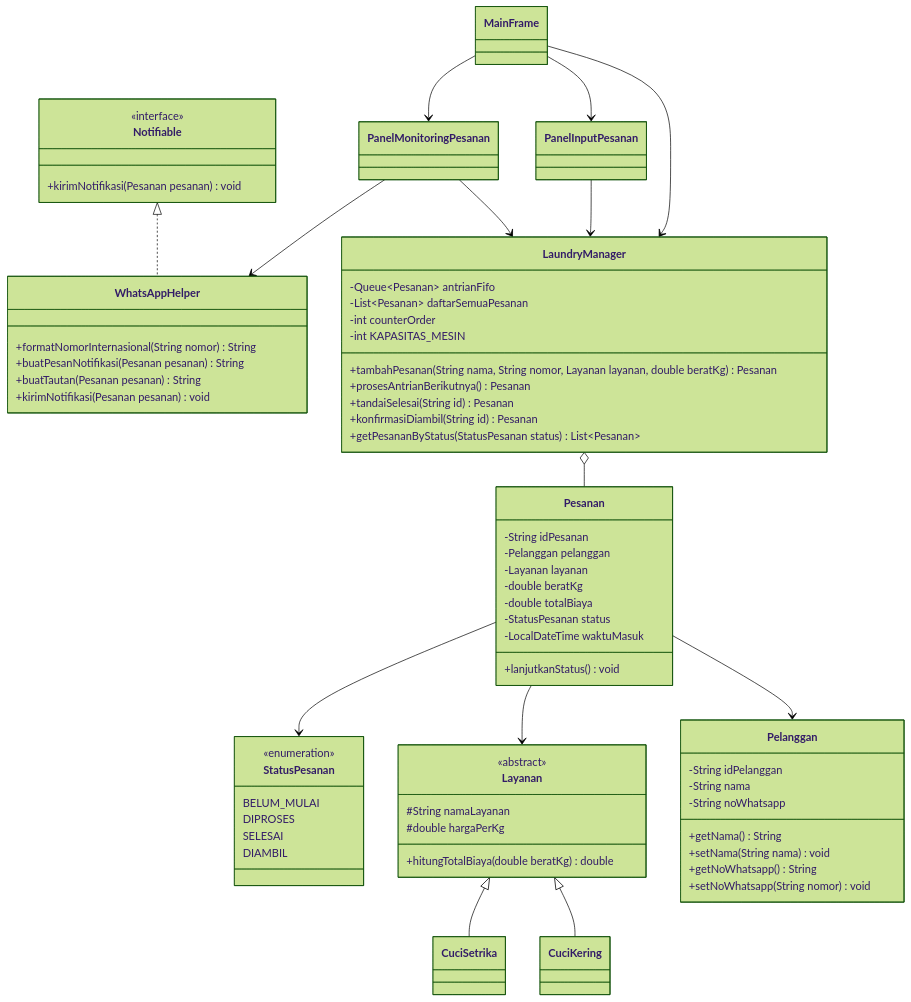
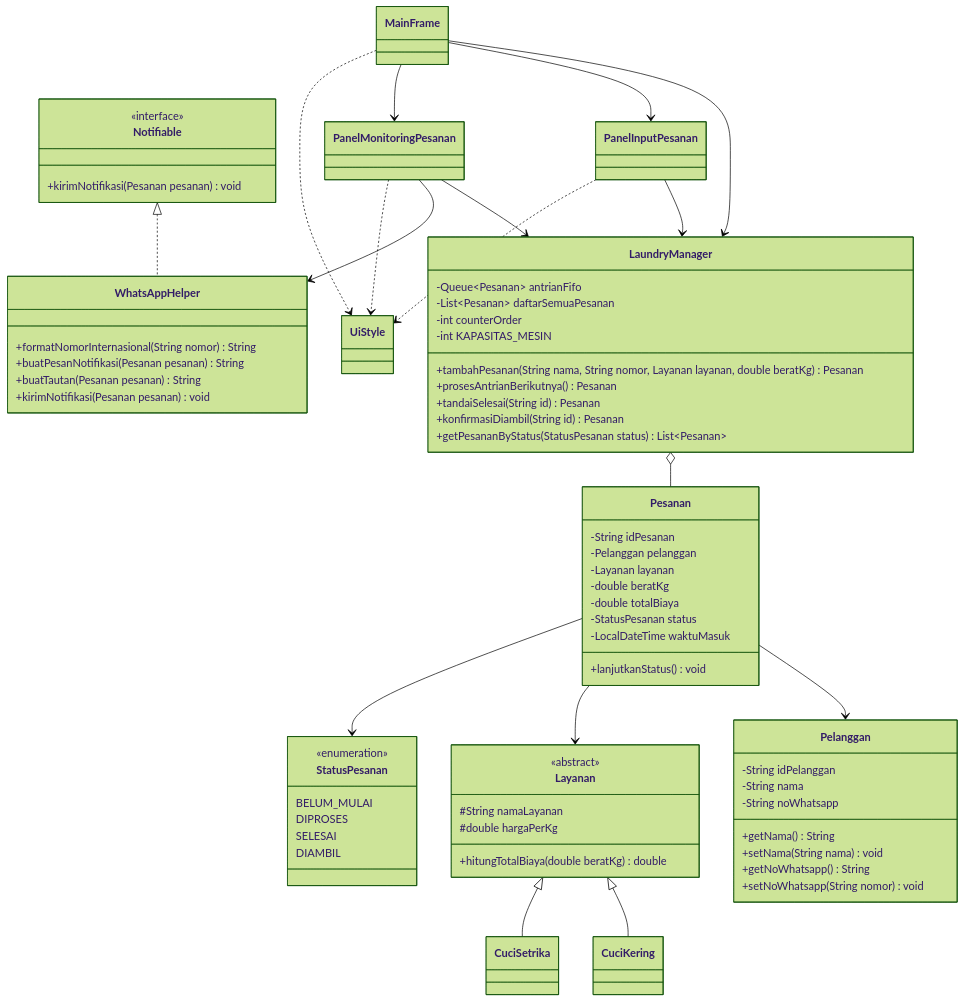
The second of 5 diagrams in docs/LAPORAN.md (Zelphyrken/SIL), drawn with Mermaid (forest theme) before and after one commit. The commit also changed other lines of this file and 17 other files, not shown here.

````diff
--- a/docs/LAPORAN.md
+++ b/docs/LAPORAN.md
@@ -36,74 +36,78 @@
 ```mermaid
 classDiagram
     class Layanan {
       <<abstract>>
       #String namaLayanan
       #double hargaPerKg
       +hitungTotalBiaya(double beratKg) double
     }
     class CuciKering
     class CuciSetrika
     class Pelanggan {
       -String idPelanggan
       -String nama
       -String noWhatsapp
       +getNama() String
       +setNama(String nama) void
       +getNoWhatsapp() String
       +setNoWhatsapp(String nomor) void
     }
     class Pesanan {
       -String idPesanan
       -Pelanggan pelanggan
       -Layanan layanan
       -double beratKg
       -double totalBiaya
       -StatusPesanan status
       -LocalDateTime waktuMasuk
       +lanjutkanStatus() void
     }
     class StatusPesanan {
       <<enumeration>>
       BELUM_MULAI
       DIPROSES
       SELESAI
       DIAMBIL
     }
     class LaundryManager {
       -Queue~Pesanan~ antrianFifo
       -List~Pesanan~ daftarSemuaPesanan
       -int counterOrder
       -int KAPASITAS_MESIN
       +tambahPesanan(String nama, String nomor, Layanan layanan, double beratKg) Pesanan
       +prosesAntrianBerikutnya() Pesanan
       +tandaiSelesai(String id) Pesanan
       +konfirmasiDiambil(String id) Pesanan
       +getPesananByStatus(StatusPesanan status) List~Pesanan~
     }
     class Notifiable {
       <<interface>>
       +kirimNotifikasi(Pesanan pesanan) void
     }
     class WhatsAppHelper {
       +formatNomorInternasional(String nomor) String
       +buatPesanNotifikasi(Pesanan pesanan) String
       +buatTautan(Pesanan pesanan) String
       +kirimNotifikasi(Pesanan pesanan) void
     }
     class MainFrame
     class PanelInputPesanan
     class PanelMonitoringPesanan
+    class UiStyle
     Layanan <|-- CuciKering
     Layanan <|-- CuciSetrika
     Pesanan --> Pelanggan
     Pesanan --> Layanan
     Pesanan --> StatusPesanan
     LaundryManager o-- Pesanan
     Notifiable <|.. WhatsAppHelper
     MainFrame --> LaundryManager
     MainFrame --> PanelInputPesanan
     MainFrame --> PanelMonitoringPesanan
     PanelInputPesanan --> LaundryManager
     PanelMonitoringPesanan --> LaundryManager
     PanelMonitoringPesanan --> WhatsAppHelper
+    MainFrame ..> UiStyle
+    PanelInputPesanan ..> UiStyle
+    PanelMonitoringPesanan ..> UiStyle
 ```
````
